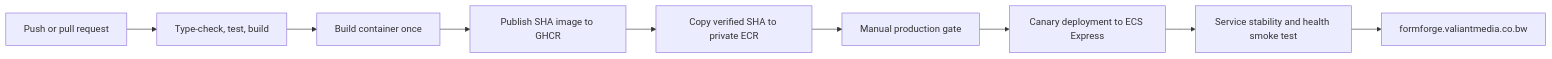
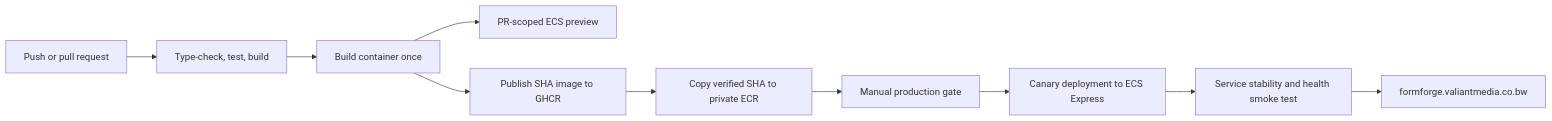
One commit to TshephangMogotsi/FormForge changed the second of 2 diagrams in README.md. Above: the diagram before and after it, drawn with Mermaid. The commit also changed other lines of this file and 28 other files, not shown here.

````diff
--- a/README.md
+++ b/README.md
@@ -137,11 +139,12 @@
 ```mermaid
 flowchart LR
     Commit["Push or pull request"] --> Verify["Type-check, test, build"]
     Verify --> Image["Build container once"]
+    Image --> Preview["PR-scoped ECS preview"]
     Image --> GHCR["Publish SHA image to GHCR"]
     GHCR --> ECR["Copy verified SHA to private ECR"]
     ECR --> Gate["Manual production gate"]
     Gate --> ECS["Canary deployment to ECS Express"]
     ECS --> Health["Service stability and health smoke test"]
     Health --> Edge["formforge.valiantmedia.co.bw"]
 ```
````
